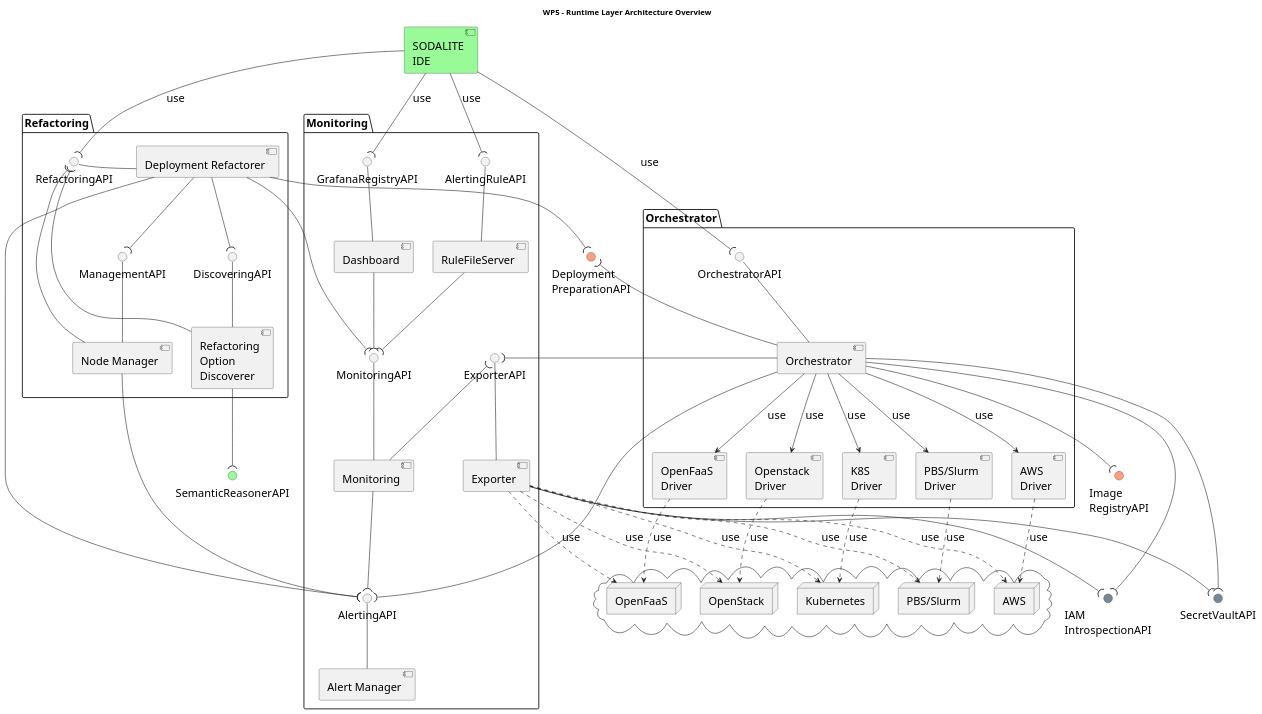
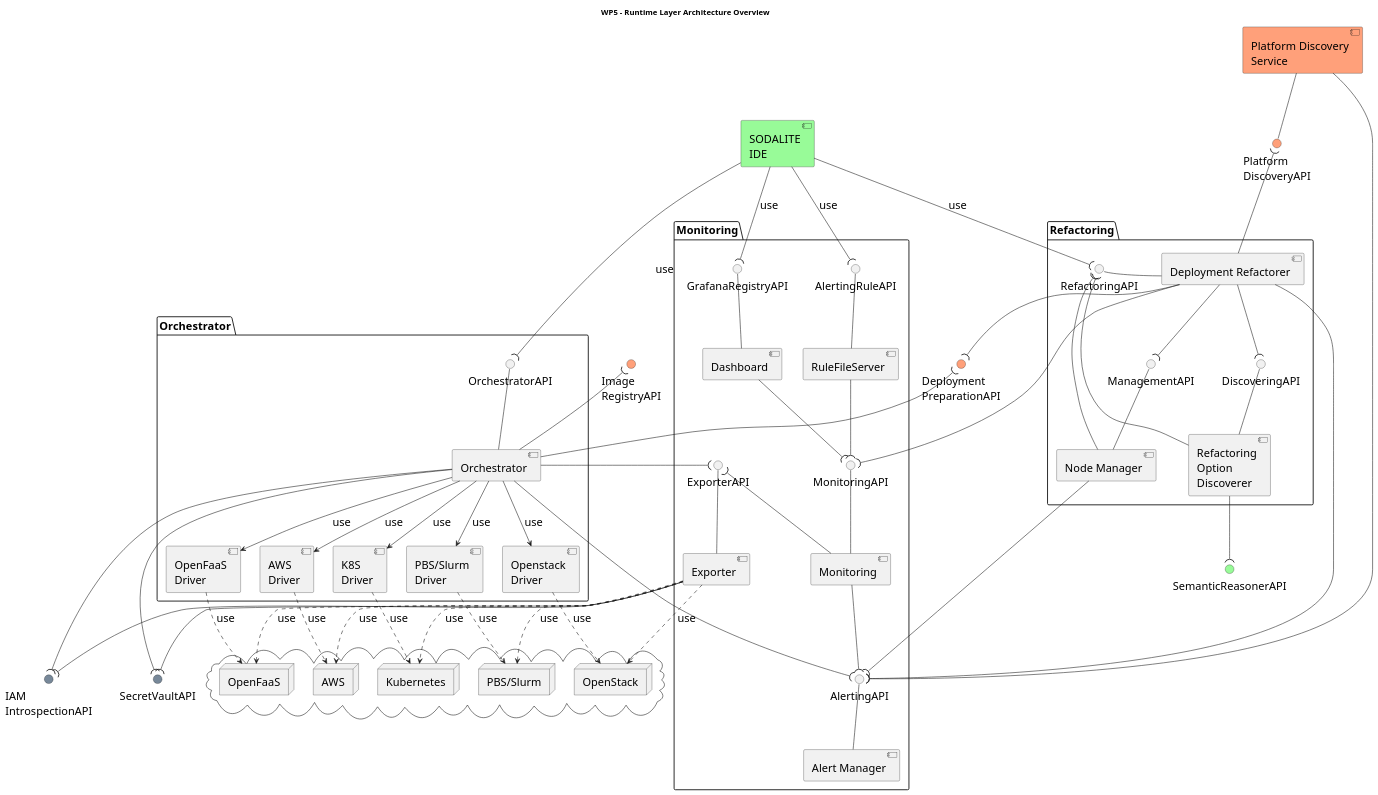
One commit to SODALITE-EU/project-wide-documentation changed the diagram in uml/component-diagrams/CD-WP5-ArchitectureOverview.puml. Above: the diagram before and after it, drawn with PlantUML. The commit also changed 2 other files, not shown here.

```diff
--- a/uml/component-diagrams/CD-WP5-ArchitectureOverview.puml
+++ b/uml/component-diagrams/CD-WP5-ArchitectureOverview.puml
@@ -1,123 +1,128 @@
 @startuml
 
 title WP5 - Runtime Layer Architecture Overview
 
 skinparam fixCircleLabelOverlapping true 
 skinparam defaultFontSize 20
 
 [SODALITE\nIDE] as ide #PaleGreen
 interface "SemanticReasonerAPI" as sem #PaleGreen
 
 package "Orchestrator" as orch {
     component [Orchestrator] as orch_impl
     interface "OrchestratorAPI" as orch_if
     component [Openstack\nDriver] as os_driver
     component [K8S\nDriver] as k8s_driver
     component [PBS/Slurm\nDriver] as torque_driver
     component [OpenFaaS\nDriver] as faas_driver
     component [AWS\nDriver] as aws_driver
     orch_impl -u- orch_if
 }
 
 package "Monitoring" as mon {
     [Monitoring] as mon_impl
     () "MonitoringAPI" as mon_if
     [Dashboard] as dash
     () "GrafanaRegistryAPI" as grafana_if
     [Exporter] as exp
     () "ExporterAPI" as exp_if
     [Alert Manager] as alert_mngr
     () "AlertingAPI"  as alert_if
     alert_mngr -u- alert_if
     [RuleFileServer] as rule_server
     () "AlertingRuleAPI" as alert_rule_if
     mon_impl -u- mon_if
     exp -u- exp_if
     rule_server -u- alert_rule_if
     rule_server --( mon_if
     dash -u- grafana_if
 }
 
 package "Refactoring" as refactor {
     interface "RefactoringAPI" as ref_if
     interface "DiscoveringAPI" as dis_if
     interface "ManagementAPI" as mng_if
     component [Deployment Refactorer] as ref_depl
     component [Refactoring\nOption\nDiscoverer] as ref_opt
     component [Node Manager] as ref_node
     dis_if -d- ref_opt
     mng_if -d- ref_node
     ref_if - ref_depl
 }
 
 cloud {
     node OpenStack
     node Kubernetes as K8S
     node "PBS/Slurm" as PBS
     node OpenFaaS
     node AWS
 }
 
 'WP4 APIs
 interface "Deployment\nPreparationAPI" as depl_prep #LightSalmon
 interface "Image\nRegistryAPI" as image_reg #LightSalmon
 
 'Security APIs
 interface "IAM\nIntrospectionAPI" as IAMApi #LightSlateGrey
 interface "SecretVaultAPI" as VaultAPI #LightSlateGrey
 
-
+'PDS APIs
+[Platform Discovery\nService] as pds #LightSalmon
+interface "Platform\nDiscoveryAPI" as PDSApi #LightSalmon
+pds -d- PDSApi
+pds --( alert_if
 
 'Monitoring
 mon_impl -u-( exp_if
 dash --( mon_if
 mon_impl --( alert_if
 
 exp --( VaultAPI
 exp --( IAMApi
 
 
 'Refactoring
 ref_opt --( ref_if
 ref_node --( ref_if
 ref_opt --( sem
 
 ref_depl --( mng_if
 ref_depl --( dis_if
 ref_depl --( depl_prep
 
 ref_node --( alert_if
 ref_depl --( alert_if
 ref_depl --( mon_if
 orch_impl --( alert_if
 orch_impl --( exp_if
+ref_depl -u-( PDSApi
 
 
 orch_impl --> os_driver : use
 orch_impl --> k8s_driver : use
 orch_impl --> torque_driver : use
 orch_impl --> aws_driver : use
 orch_impl --> faas_driver : use
 
 orch_impl -u-( depl_prep
-orch_impl --( image_reg
+orch_impl -u-( image_reg
 orch_impl --( IAMApi
 orch_impl --( VaultAPI
 
 os_driver ..> OpenStack : use
 k8s_driver ..> K8S : use
 faas_driver ..> OpenFaaS : use
 aws_driver ..> AWS : use
 torque_driver ..> PBS : use
 
 exp .d.> OpenStack : use
 exp .d.> K8S : use
 exp .d.> PBS : use
 exp .d.> OpenFaaS : use
 exp .d.> AWS : use
 
 ide --( orch_if : use
 ide --( grafana_if : use
 ide --( alert_rule_if : use
 ide --( ref_if : use
 @enduml
```
